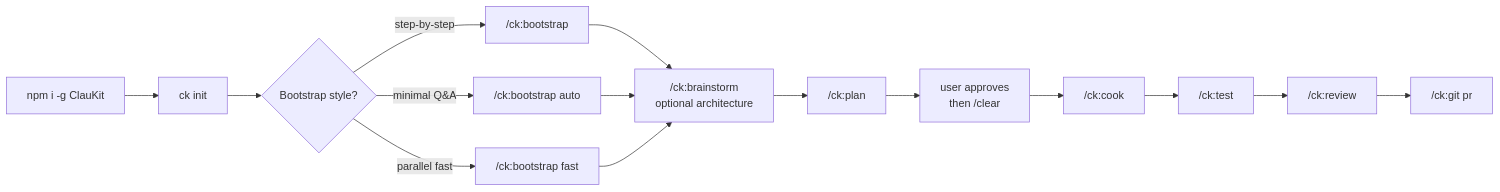
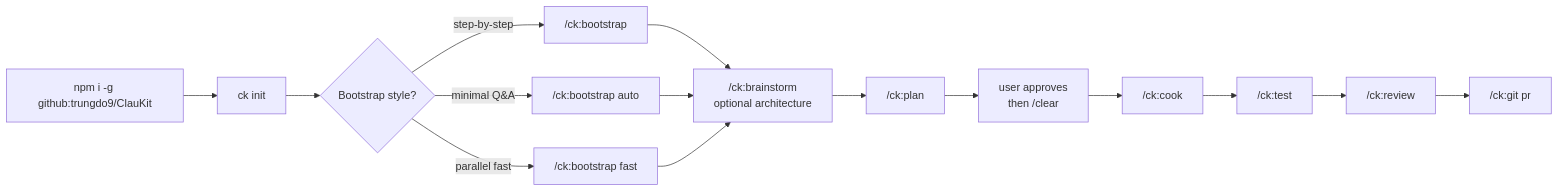
Before and after one commit to trungdo9/ClauKit: the second of 10 diagrams in README.md, drawn with Mermaid. The commit also changed other lines of this file, not shown here.

First line of the commit message:
chore(brand): rename display name ClauKit → KitForge in README

````diff
--- a/README.md
+++ b/README.md
@@ -144,17 +146,17 @@
 ```mermaid
 flowchart LR
-    A[npm i -g ClauKit] --> B[ck init]
+    A[npm i -g github:trungdo9/ClauKit] --> B[ck init]
     B --> C{Bootstrap style?}
     C -->|step-by-step| D["/ck:bootstrap"]
     C -->|minimal Q&A| E["/ck:bootstrap auto"]
     C -->|parallel fast| F["/ck:bootstrap fast"]
     D --> G
     E --> G
     F --> G["/ck:brainstorm<br/>optional architecture"]
     G --> H["/ck:plan"]
     H --> I["user approves<br/>then /clear"]
     I --> J["/ck:cook"]
     J --> K["/ck:test"]
     K --> L["/ck:review"]
     L --> M["/ck:git pr"]
 ```
````
